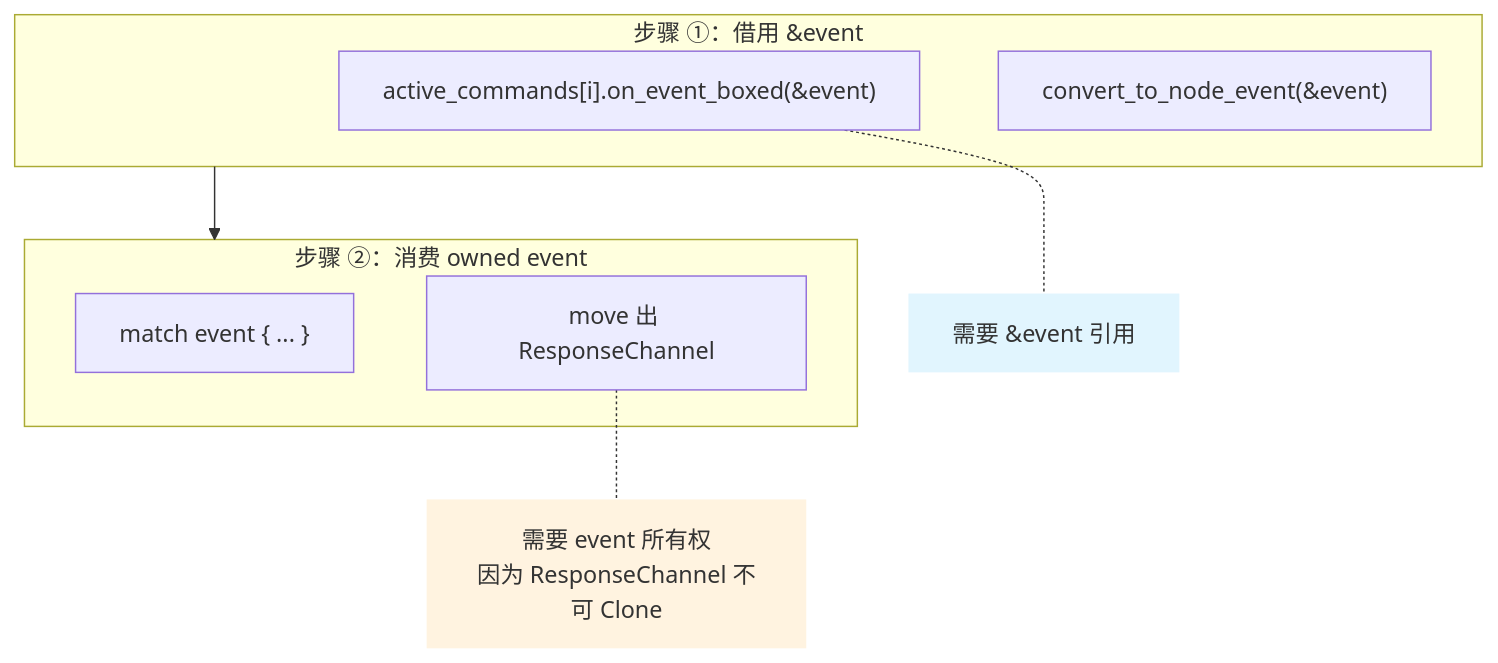
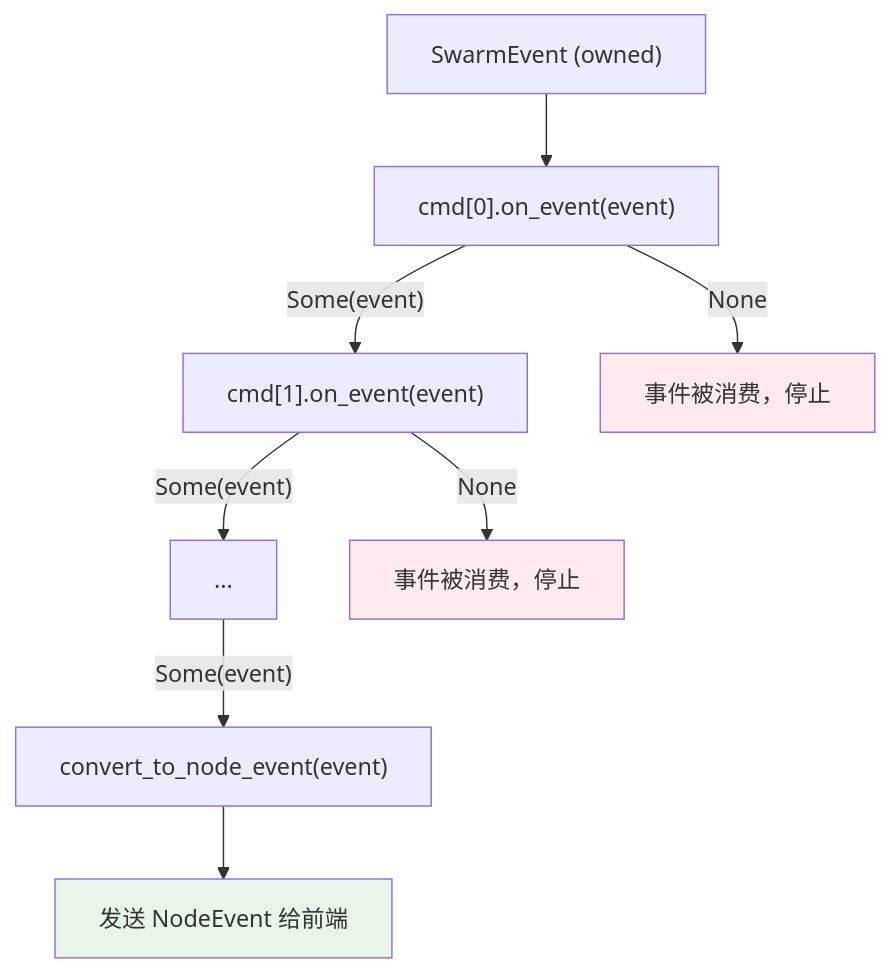
One commit to yexiyue/swarm-p2p changed the eighth of 14 diagrams in docs/02-request-response-protocol.md. Above: the diagram before and after it, drawn with Mermaid. The commit also changed other lines of this file and 14 other files, not shown here.

Commit message:
docs: update command pattern and request-response docs for owned event chain-of-responsibility

````diff
--- a/docs/02-request-response-protocol.md
+++ b/docs/02-request-response-protocol.md
@@ -395,20 +416,21 @@
 ```mermaid
 flowchart TB
-    subgraph Step1["步骤 ①：借用 &event"]
-        S1A["active_commands[i].on_event_boxed(&event)"]
-        S1B["convert_to_node_event(&event)"]
-    end
+    E["SwarmEvent (owned)"]
+    C1["cmd[0].on_event(event)"]
+    C2["cmd[1].on_event(event)"]
+    CN["..."]
+    Conv["convert_to_node_event(event)"]
+    FE["发送 NodeEvent 给前端"]
 
-    subgraph Step2["步骤 ②：消费 owned event"]
-        S2A["match event { ... }"]
-        S2B["move 出 ResponseChannel"]
-    end
+    E --> C1
+    C1 -->|"Some(event)"| C2
+    C1 -->|"None"| Stop1["事件被消费，停止"]
+    C2 -->|"Some(event)"| CN
+    C2 -->|"None"| Stop2["事件被消费，停止"]
+    CN -->|"Some(event)"| Conv
+    Conv --> FE
 
-    Step1 --> Step2
-
-    S1A -.- Note1["需要 &event 引用"]
-    S2B -.- Note2["需要 event 所有权<br/>因为 ResponseChannel 不可 Clone"]
-
-    style Note1 fill:#e1f5fe,stroke:none
-    style Note2 fill:#fff3e0,stroke:none
+    style Stop1 fill:#ffebee
+    style Stop2 fill:#ffebee
+    style FE fill:#e8f5e9
 ```
````
